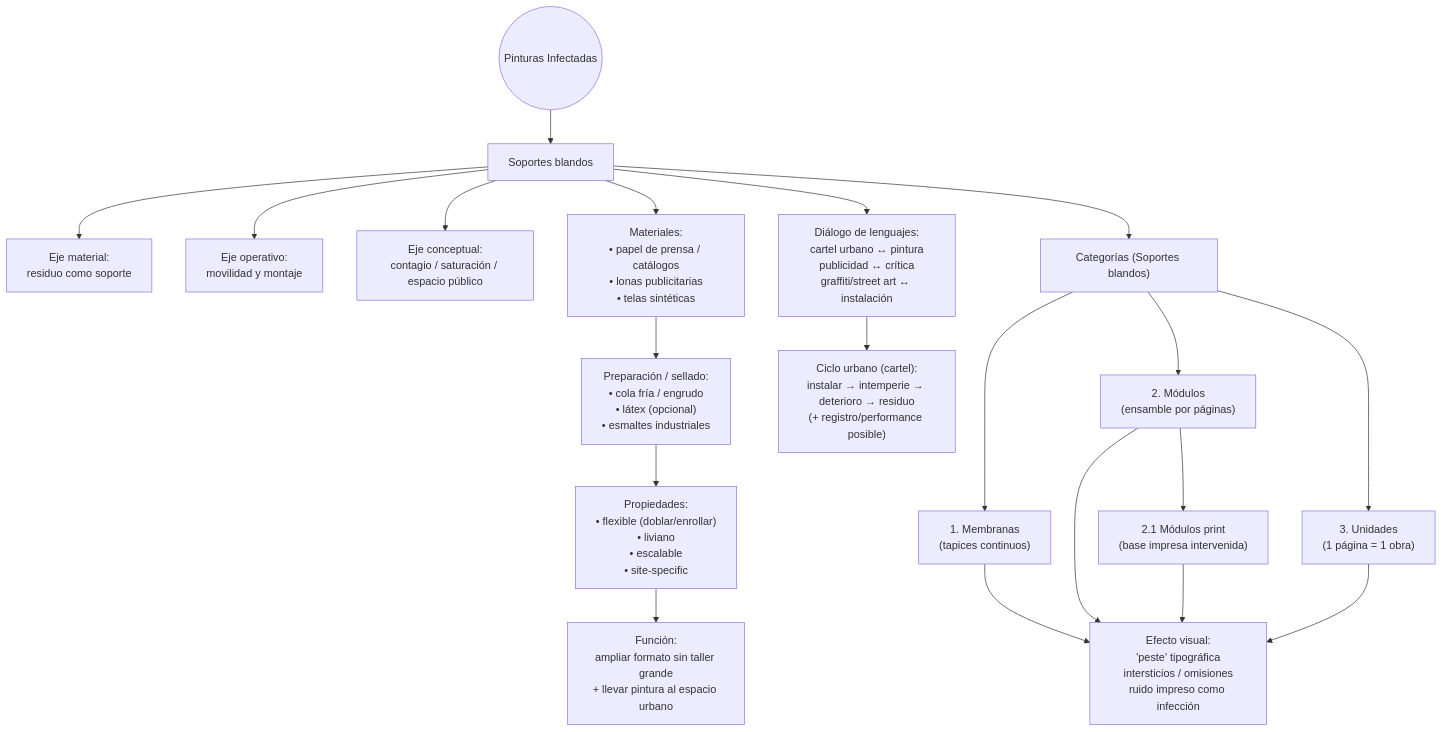
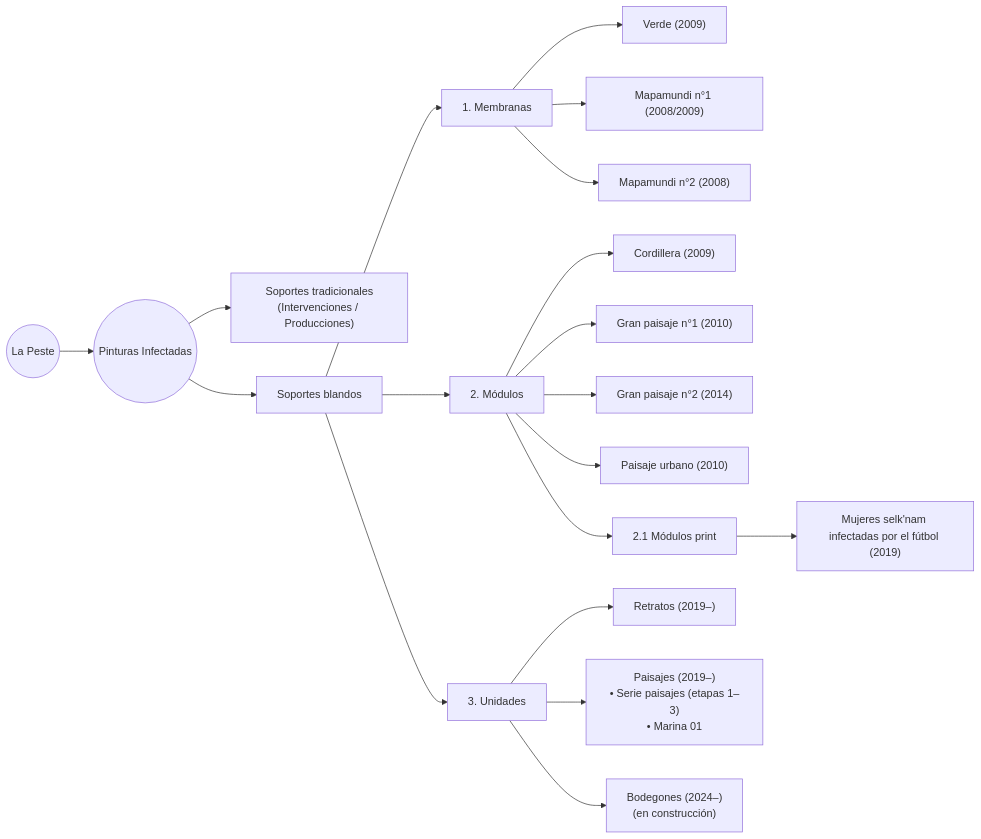
The second of 2 diagrams in ES/peste-pinturas-infectadas.md (EGGS-Artesvisuales/EGGS-Artesvisuales.github.io), drawn with Mermaid before and after one commit.

```diff
--- a/ES/peste-pinturas-infectadas.md
+++ b/ES/peste-pinturas-infectadas.md
@@ -399,64 +399,43 @@
 <div class="mermaid">
-flowchart TB
+flowchart LR
   %% =========================
-  %% PINTURAS INFECTADAS
-  %% SOPORTES BLANDOS
+  %% LA PESTE → PINTURAS INFECTADAS → SOPORTES BLANDOS (taxonomía + obras)
   %% =========================
 
+  LP((La Peste))
   PI((Pinturas Infectadas))
-  SB["Soportes blandos"]
 
-  %% Ejes
-  E1["Eje material:\nresiduo como soporte"]
-  E2["Eje operativo:\nmovilidad y montaje"]
-  E3["Eje conceptual:\ncontagio / saturación / espacio público"]
+  LP --> PI
 
-  %% Materiales base
-  MAT["Materiales:\n• papel de prensa / catálogos\n• lonas publicitarias\n• telas sintéticas"]
-  PREP["Preparación / sellado:\n• cola fría / engrudo\n• látex (opcional)\n• esmaltes industriales"]
+  PI --> ST["Soportes tradicionales\n(Intervenciones / Producciones)"]
+  PI --> SB["Soportes blandos"]
 
-  %% Propiedades
-  PROP["Propiedades:\n• flexible (doblar/enrollar)\n• liviano\n• escalable\n• site-specific"]
+  %% --- SOPORTES BLANDOS (estructura de tu página) ---
+  SB --> MEM["1. Membranas"]
+  MEM --> VER["Verde (2009)"]
+  MEM --> MAP1["Mapamundi n°1 (2008/2009)"]
+  MEM --> MAP2["Mapamundi n°2 (2008)"]
 
-  %% Diálogos y cruces
-  DLG["Diálogo de lenguajes:\ncartel urbano ↔ pintura\npublicidad ↔ crítica\ngraffiti/street art ↔ instalación"]
-  CIC["Ciclo urbano (cartel):\ninstalar → intemperie → deterioro → residuo\n(+ registro/performance posible)"]
+  SB --> MOD["2. Módulos"]
+  MOD --> COR["Cordillera (2009)"]
+  MOD --> GP1["Gran paisaje n°1 (2010)"]
+  MOD --> GP2["Gran paisaje n°2 (2014)"]
+  MOD --> PU["Paisaje urbano (2010)"]
 
-  %% Categorías
-  CAT["Categorías (Soportes blandos)"]
-  MEM["1. Membranas\n(tapices continuos)"]
-  MOD["2. Módulos\n(ensamble por páginas)"]
-  MOP["2.1 Módulos print\n(base impresa intervenida)"]
-  UNI["3. Unidades\n(1 página = 1 obra)"]
+  MOD --> MODP["2.1 Módulos print"]
+  MODP --> SELK["Mujeres selk'nam infectadas por el fútbol (2019)"]
 
-  %% Funciones / efectos
-  FUN["Función:\nampliar formato sin taller grande\n+ llevar pintura al espacio urbano"]
-  EFF["Efecto visual:\n'peste' tipográfica\nintersticios / omisiones\nruido impreso como infección"]
+  SB --> UNI["3. Unidades"]
+  UNI --> URET["Retratos (2019–)"]
+  UNI --> UPAI["Paisajes (2019–)\n• Serie paisajes (etapas 1–3)\n• Marina 01"]
+  UNI --> UBOD["Bodegones (2024–)\n(en construcción)"]
 
-  %% Conexiones principales
-  PI --> SB
-  SB --> E1
-  SB --> E2
-  SB --> E3
-
-  SB --> MAT --> PREP --> PROP
-  PROP --> FUN
-  SB --> DLG --> CIC
-
-  SB --> CAT
-  CAT --> MEM
-  CAT --> MOD --> MOP
-  CAT --> UNI
-
-  MEM --> EFF
-  MOD --> EFF
-  MOP --> EFF
-  UNI --> EFF
-
-  %% Navegación (IDs según tu página)
+  %% --- navegación (anchors existentes en tu archivo) ---
+  click LP "/ES/la-peste.html" "Ver La Peste"
+  click PI "/ES/peste-pinturas-infectadas.html" "Ver Pinturas Infectadas"
   click SB "#soportes-blandos" "Ir a Soportes blandos"
   click MEM "#membranas" "Ir a Membranas"
   click MOD "#modulos" "Ir a Módulos"
-  click MOP "#modulos-prints" "Ir a Módulos print"
+  click MODP "#modulos-prints" "Ir a Módulos print"
   click UNI "#unidades" "Ir a Unidades"
 </div>
```
